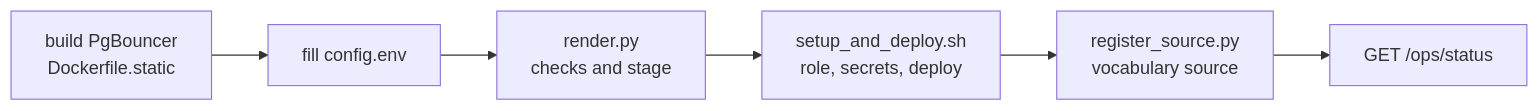
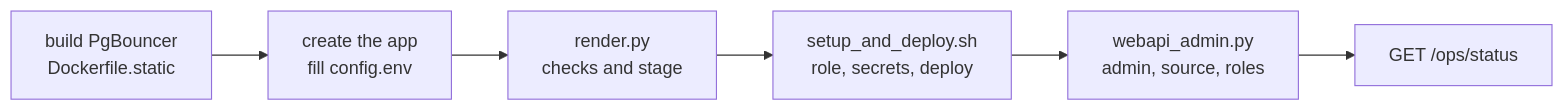
Before and after one commit to saselvan/webapi-on-lakebase: the third of 3 diagrams in README.md, drawn with Mermaid. The commit also changed other lines of this file and 15 other files, not shown here.

````diff
--- a/README.md
+++ b/README.md
@@ -115,8 +195,8 @@
 ```mermaid
 flowchart LR
-    A[build PgBouncer<br/>Dockerfile.static] --> B[fill config.env]
+    A[build PgBouncer<br/>Dockerfile.static] --> B[create the app<br/>fill config.env]
     B --> C[render.py<br/>checks and stage]
     C --> D[setup_and_deploy.sh<br/>role, secrets, deploy]
-    D --> E[register_source.py<br/>vocabulary source]
+    D --> E[webapi_admin.py<br/>admin, source, roles]
     E --> F[GET /ops/status]
 ```
````
